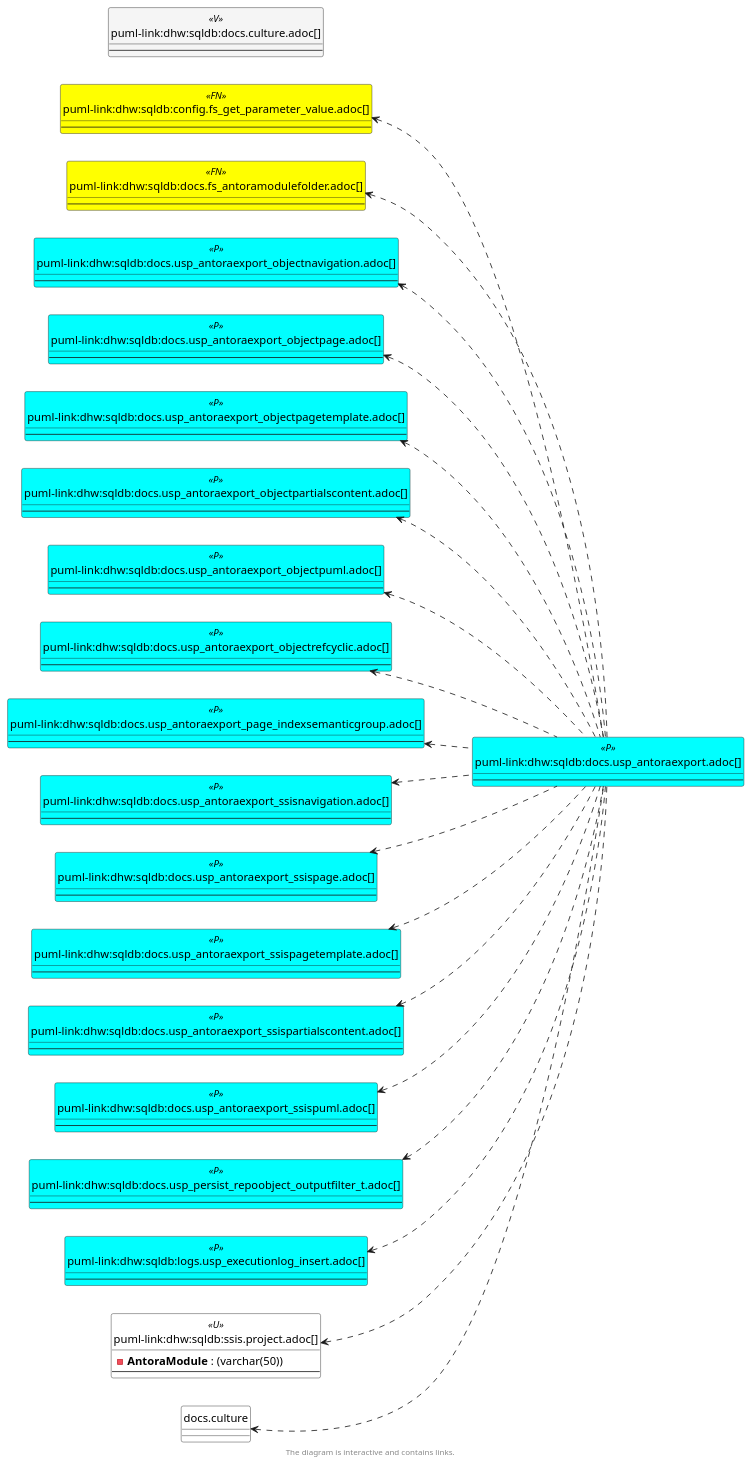
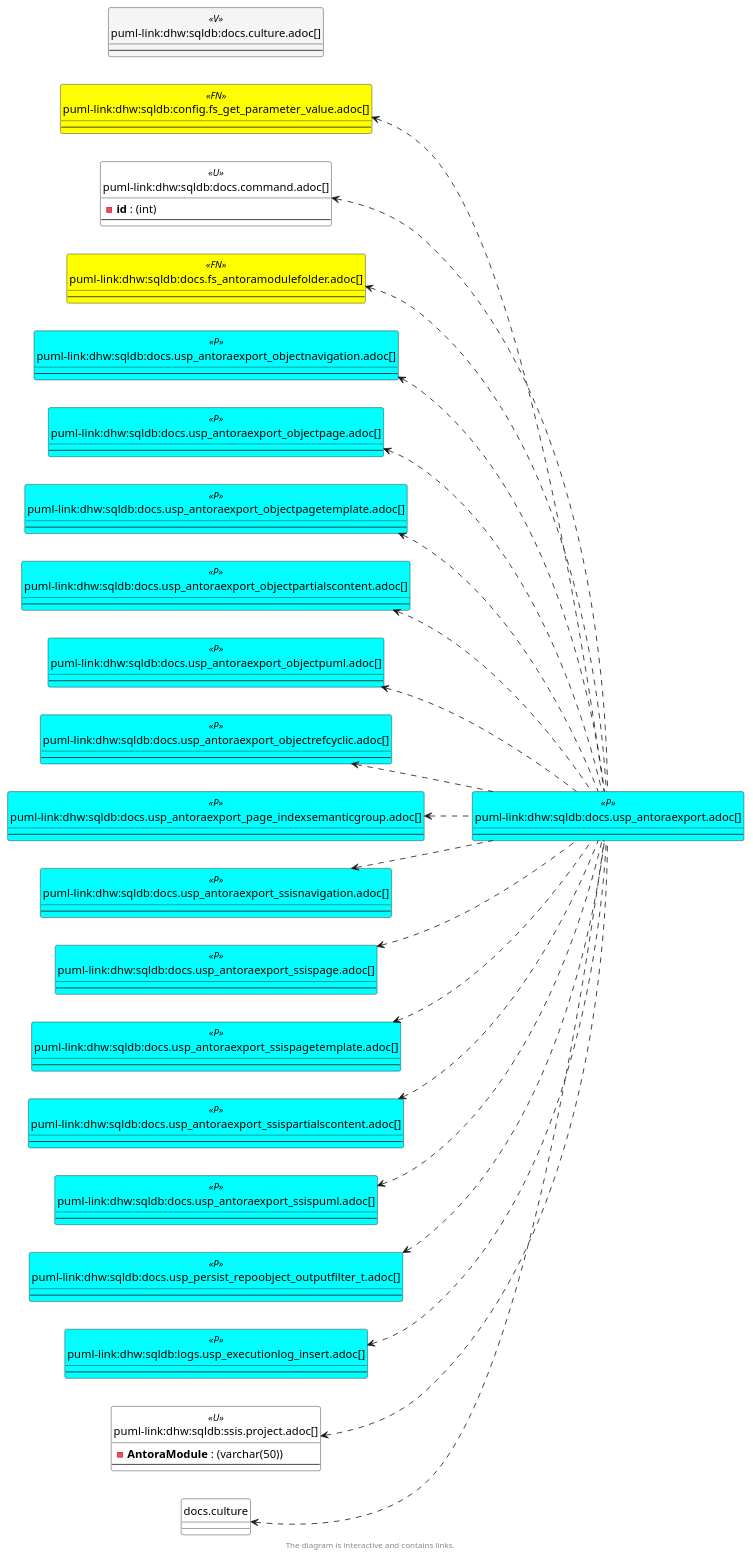
One commit to DataHandwerk/dhw-antora-sqldb changed the third of 6 diagrams in docs/modules/sqldb/partials/content/docs.usp_antoraexport.adoc. Above: the diagram before and after it, drawn with PlantUML. The commit also changed other lines of this file and 701 other files, not shown here.

```diff
--- a/docs/modules/sqldb/partials/content/docs.usp_antoraexport.adoc
+++ b/docs/modules/sqldb/partials/content/docs.usp_antoraexport.adoc
@@ -1015,6 +1145,11 @@
 
 
 entity "puml-link:dhw:sqldb:config.fs_get_parameter_value.adoc[]" as config.fs_get_parameter_value << FN >> {
+  --
+}
+
+entity "puml-link:dhw:sqldb:docs.command.adoc[]" as docs.command << U >> {
+  - **id** : (int)
   --
 }
 
@@ -1092,6 +1227,7 @@
 }
 
 config.fs_get_parameter_value <.. docs.usp_AntoraExport
+docs.command <.. docs.usp_AntoraExport
 docs.culture <.. docs.usp_AntoraExport
 docs.fs_AntoraModuleFolder <.. docs.usp_AntoraExport
 docs.usp_AntoraExport_ObjectNavigation <.. docs.usp_AntoraExport
```
